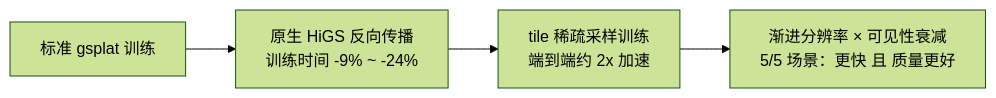
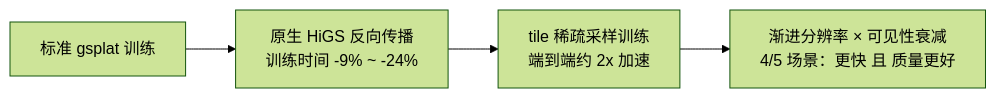
One commit to caizefan34/3dgs-renderer-benchmark changed the second of 2 diagrams in README.md. Above: the diagram before and after it, drawn with Mermaid (forest theme). The commit also changed other lines of this file and 1 other file, not shown here.

````diff
--- a/README.md
+++ b/README.md
@@ -176,6 +176,6 @@
 ```mermaid
 flowchart LR
     A["标准 gsplat 训练"] --> B["原生 HiGS 反向传播<br/>训练时间 -9% ~ -24%"]
     B --> C["tile 稀疏采样训练<br/>端到端约 2x 加速"]
-    C --> D["渐进分辨率 × 可见性衰减<br/>5/5 场景：更快 且 质量更好"]
+    C --> D["渐进分辨率 × 可见性衰减<br/>4/5 场景：更快 且 质量更好"]
 ```
````
